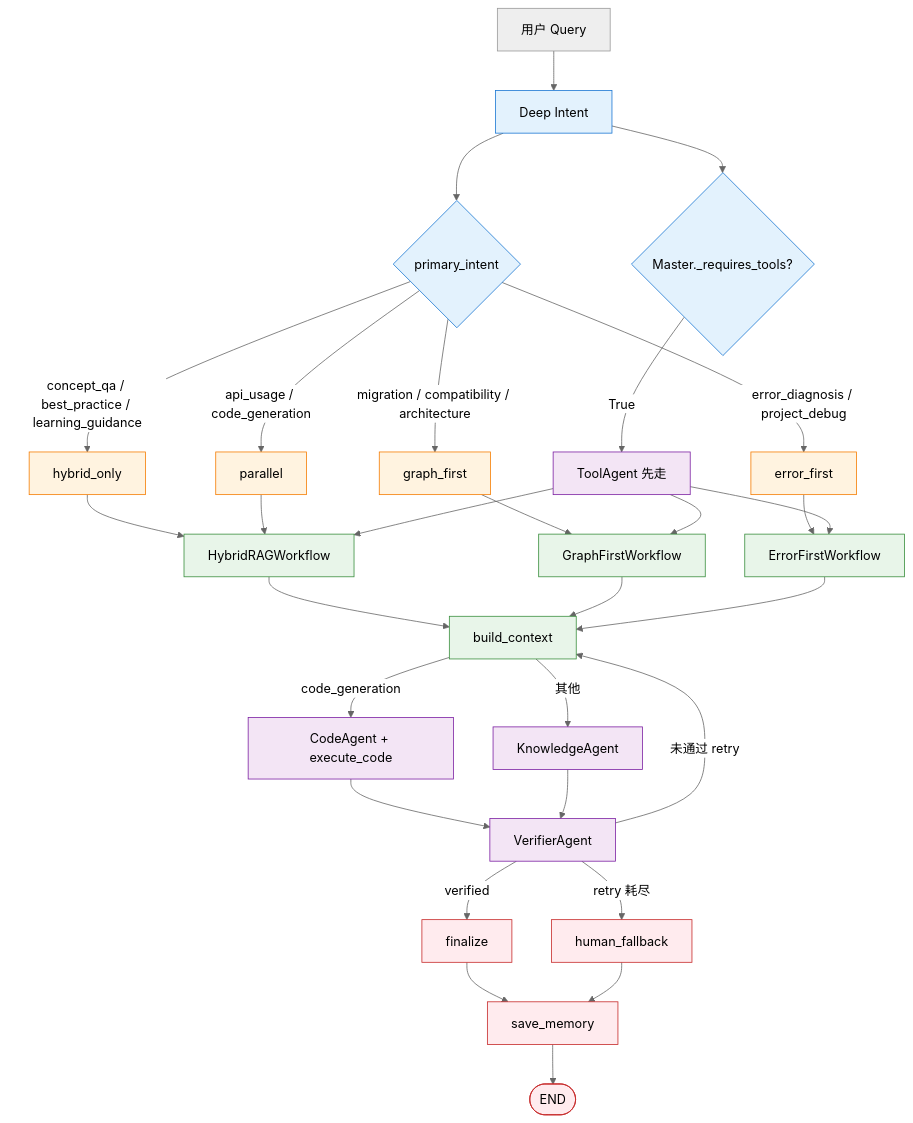
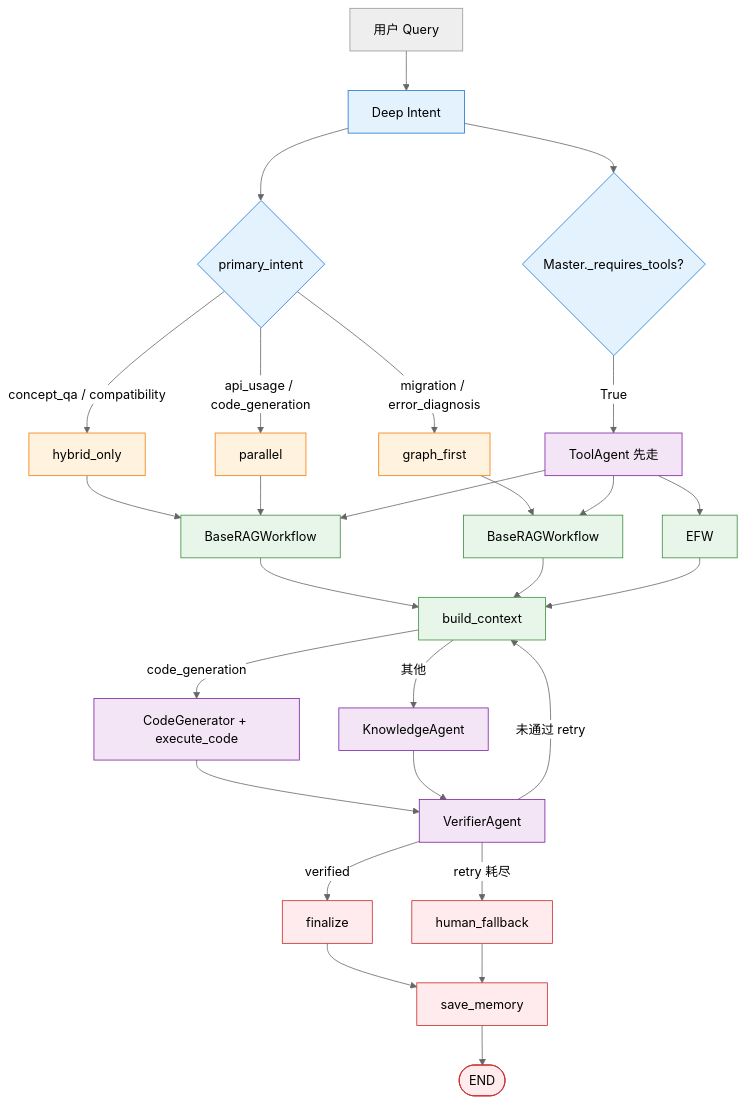
The first of 2 diagrams in technical_deep_dive/03-Agent-体系与进阶设计.md (jackone666/enterprise_agentic_rag), drawn with Mermaid (neutral theme) before and after one commit. The commit also changed other lines of this file and 13 other files, not shown here.

````diff
--- a/technical_deep_dive/03-Agent-体系与进阶设计.md
+++ b/technical_deep_dive/03-Agent-体系与进阶设计.md
@@ -327,37 +317,35 @@
 ```mermaid
 graph TB
     Q[用户 Query] --> DI[Deep Intent]
     DI --> IM{primary_intent}
-    IM -->|concept_qa / best_practice / learning_guidance| HM[hybrid_only]
+    IM -->|concept_qa / compatibility| HM[hybrid_only]
     IM -->|api_usage / code_generation| PM[parallel]
-    IM -->|migration / compatibility / architecture| GM[graph_first]
-    IM -->|error_diagnosis / project_debug| EM[error_first]
-    HM --> HRW[HybridRAGWorkflow]
+    IM -->|migration / error_diagnosis| GM[graph_first]
+    HM --> HRW[BaseRAGWorkflow]
     PM --> HRW
-    GM --> GFW[GraphFirstWorkflow]
-    EM --> EFW[ErrorFirstWorkflow]
+    GM --> GFW[BaseRAGWorkflow]
     DI --> MK{Master._requires_tools?}
     MK -->|True| TA[ToolAgent 先走]
     TA --> HRW & GFW & EFW
     HRW & GFW & EFW --> BC[build_context]
-    BC -->|code_generation| GC[CodeAgent + execute_code]
+    BC -->|code_generation| GC[CodeGenerator + execute_code]
     BC -->|其他| GA[KnowledgeAgent]
     GC & GA --> V[VerifierAgent]
     V -->|verified| F[finalize]
     V -->|未通过 retry| BC
     V -->|retry 耗尽| HF[human_fallback]
     F --> SM[save_memory]
     HF --> SM
     SM --> END([END])
 
     classDef intent fill:#E3F2FD,stroke:#1976D2
     classDef mode fill:#FFF3E0,stroke:#F57C00
     classDef rag fill:#E8F5E9,stroke:#388E3C
     classDef agent fill:#F3E5F5,stroke:#7B1FA2
     classDef term fill:#FFEBEE,stroke:#C62828
     class DI,IM,MK intent
     class HM,PM,GM,EM mode
     class HRW,GFW,EFW,BC rag
     class TA,GC,GA,V agent
     class F,HF,SM,END term
 ```
````
